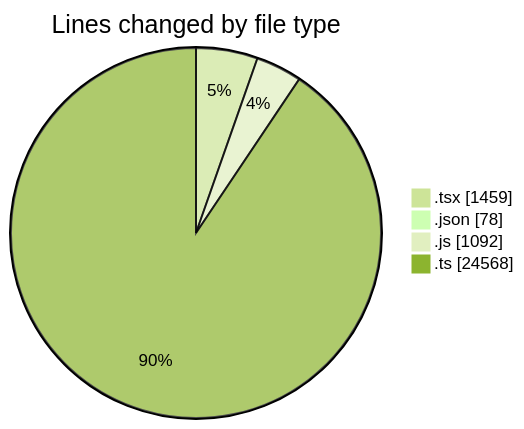
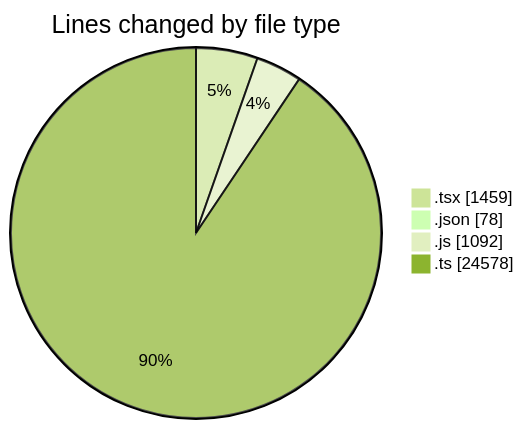
The first of 2 diagrams in 2026-10-19/cda/README.md (momahboobian/code-tracking), drawn with Mermaid (forest theme) before and after one commit. The commit also changed other lines of this file and 1 other file, not shown here.

````diff
--- a/2026-10-19/cda/README.md
+++ b/2026-10-19/cda/README.md
@@ -30,8 +30,8 @@
 ```mermaid
 pie showData
 title Lines changed by file type
 ".tsx" : 1459
 ".json" : 78
 ".js" : 1092
-".ts" : 24568
+".ts" : 24578
 ```
````
